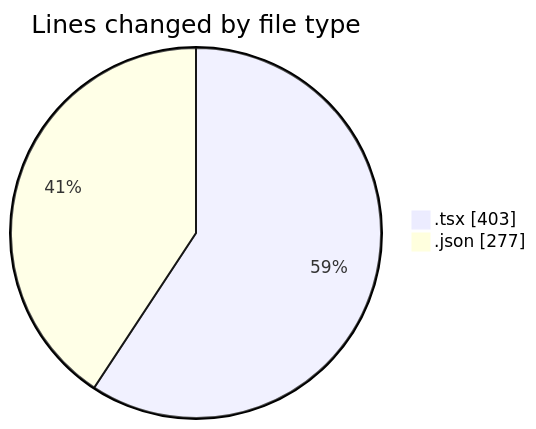
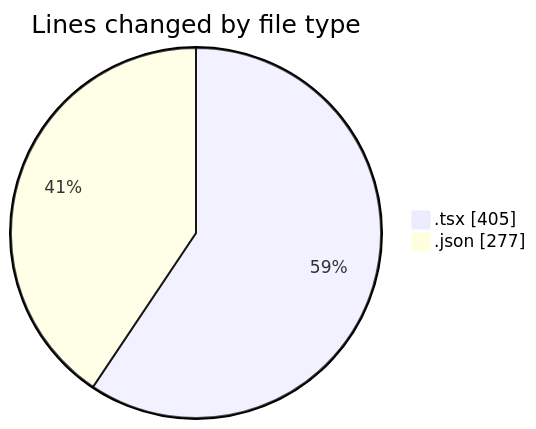
Before and after one commit to Elitesun/code-tracking: the first of 2 diagrams in 2025-05-04/niten/README.md, drawn with Mermaid. The commit also changed other lines of this file and 1 other file, not shown here.

````diff
--- a/2025-05-04/niten/README.md
+++ b/2025-05-04/niten/README.md
@@ -28,6 +28,6 @@
 ```mermaid
 pie showData
 title Lines changed by file type
-".tsx" : 403
+".tsx" : 405
 ".json" : 277
 ```
````
